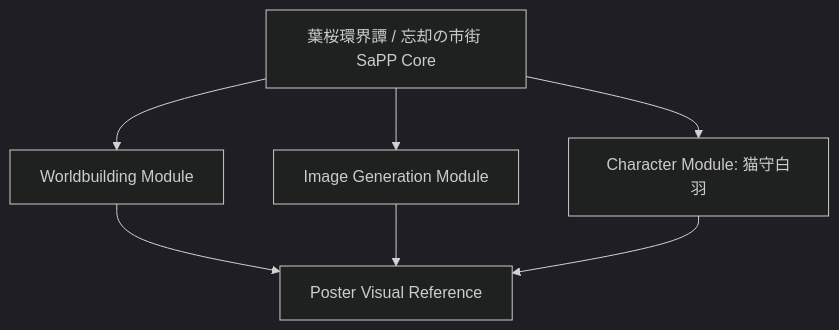
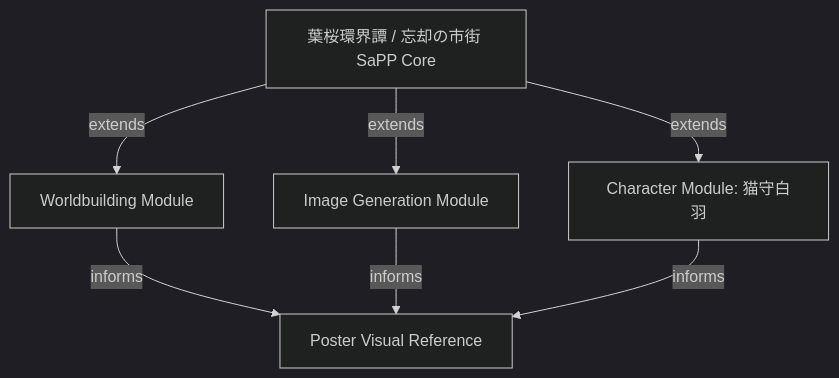
The second of 2 diagrams in docs/derivation-map.md (lero003/settings-as-play-protocol), drawn with Mermaid (dark theme) before and after one commit. The commit also changed other lines of this file and 15 other files, not shown here.

````diff
--- a/docs/derivation-map.md
+++ b/docs/derivation-map.md
@@ -40,15 +40,15 @@
 ```mermaid
 graph TD
   A["葉桜環界譚 / 忘却の市街 SaPP Core"]
   B["Worldbuilding Module"]
   C["Image Generation Module"]
   D["Character Module: 猫守白羽"]
   E["Poster Visual Reference"]
 
-  A --> B
-  A --> C
-  A --> D
-  B --> E
-  C --> E
-  D --> E
+  A -->|extends| B
+  A -->|extends| C
+  A -->|extends| D
+  B -->|informs| E
+  C -->|informs| E
+  D -->|informs| E
 ```
````
